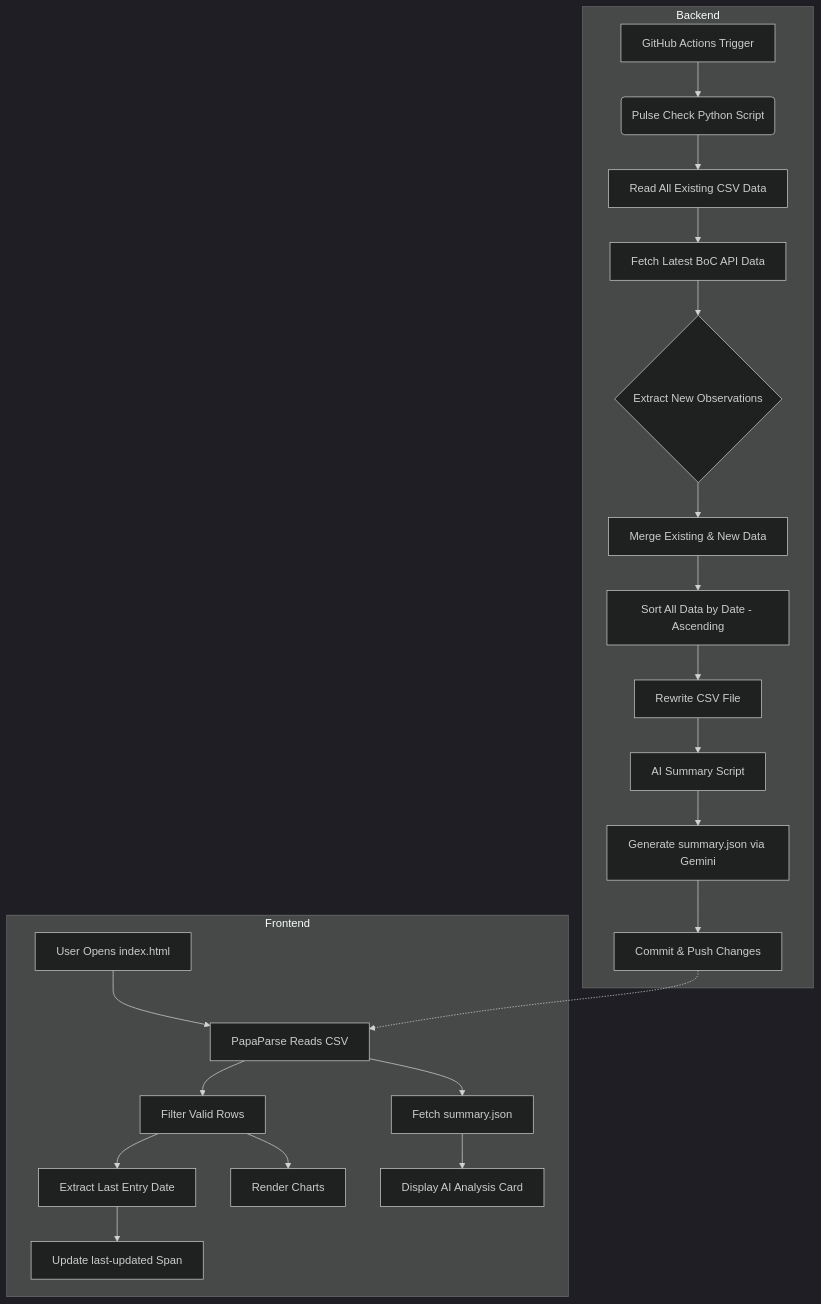
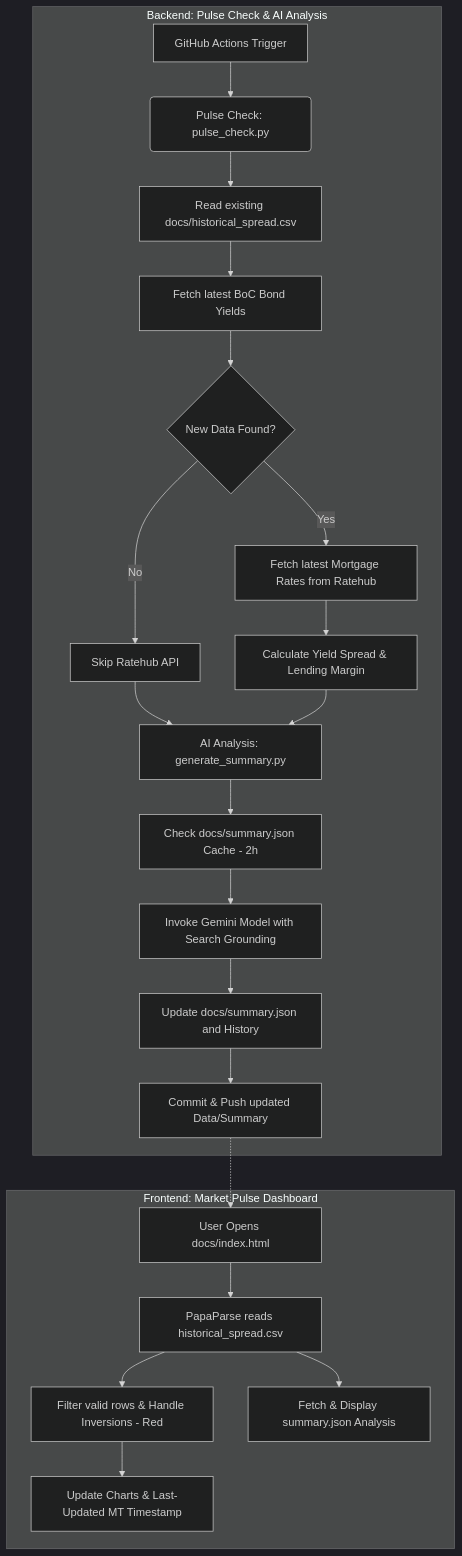
The diagram in diagrams/data_flow.mmd (rnparker/Gemini-Sandbox), drawn with Mermaid (dark theme) before and after one commit. The commit also changed other lines of this file and 7 other files, not shown here.

```diff
--- a/diagrams/data_flow.mmd
+++ b/diagrams/data_flow.mmd
@@ -1,25 +1,25 @@
 graph TD
-    subgraph Backend
-    A[GitHub Actions Trigger] --> B(Pulse Check Python Script)
-    B --> C[Read All Existing CSV Data]
-    C --> D[Fetch Latest BoC API Data]
-    D --> E{Extract New Observations}
-    E --> F[Merge Existing & New Data]
-    F --> G[Sort All Data by Date - Ascending]
-    G --> H[Rewrite CSV File]
-    H --> I[AI Summary Script]
-    I --> J[Generate summary.json via Gemini]
-    J --> K[Commit & Push Changes]
+    subgraph Backend ["Backend: Pulse Check & AI Analysis"]
+    A[GitHub Actions Trigger] --> B(Pulse Check: pulse_check.py)
+    B --> C[Read existing docs/historical_spread.csv]
+    C --> D[Fetch latest BoC Bond Yields]
+    D --> E{New Data Found?}
+    E -- No --> F[Skip Ratehub API]
+    E -- Yes --> G[Fetch latest Mortgage Rates from Ratehub]
+    G --> H[Calculate Yield Spread & Lending Margin]
+    F --> I[AI Analysis: generate_summary.py]
+    H --> I
+    I --> J[Check docs/summary.json Cache - 2h]
+    J --> K[Invoke Gemini Model with Search Grounding]
+    K --> L[Update docs/summary.json and History]
+    L --> M[Commit & Push updated Data/Summary]
     end
 
-    subgraph Frontend
-    L[User Opens index.html] --> M[PapaParse Reads CSV]
-    M --> N[Filter Valid Rows]
-    N --> O[Extract Last Entry Date]
-    O --> P[Update last-updated Span]
-    M --> Q[Fetch summary.json]
-    Q --> R[Display AI Analysis Card]
-    N --> S[Render Charts]
+    subgraph Frontend ["Frontend: Market Pulse Dashboard"]
+    N[User Opens docs/index.html] --> O[PapaParse reads historical_spread.csv]
+    O --> P[Filter valid rows & Handle Inversions - Red]
+    P --> Q[Update Charts & Last-Updated MT Timestamp]
+    O --> R[Fetch & Display summary.json Analysis]
     end
 
-    K -.-> M
+    M -.-> N
```
